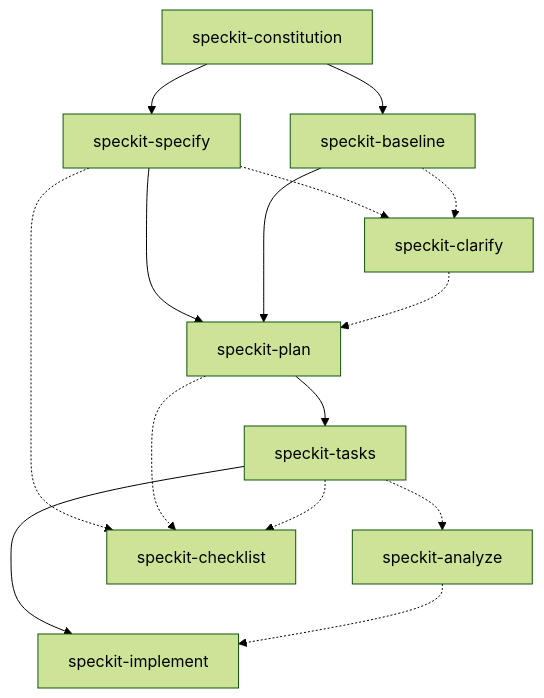
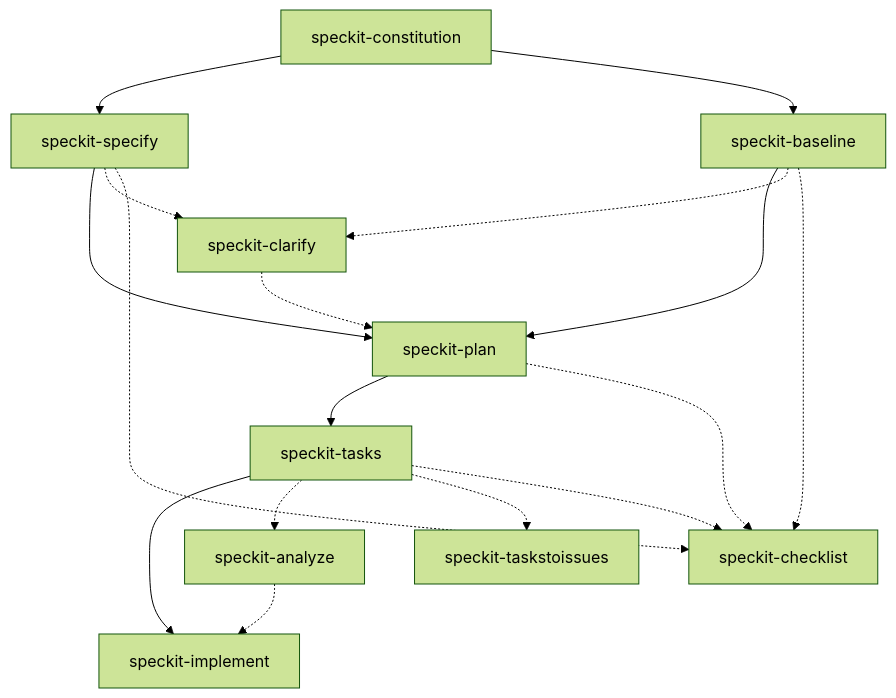
The diagram in README.md (dceoy/speckit-agent-skills), drawn with Mermaid (forest theme) before and after one commit. The commit also changed other lines of this file and 11 other files, not shown here.

````diff
--- a/README.md
+++ b/README.md
@@ -35,21 +55,24 @@
 ```mermaid
 flowchart TD
   %% Core (recommended order)
   C0["speckit-constitution"] --> C1["speckit-specify"] --> C2["speckit-plan"] --> C3["speckit-tasks"] --> C4["speckit-implement"]
 
   %% Alternative entry for existing code
   C0 --> FC["speckit-baseline"]
   FC --> C2
 
   %% Optional (dashed = insert/assist)
   C1 -.-> O1["speckit-clarify"]
   FC -.-> O1
   O1 -.-> C2
 
   C3 -.-> O2["speckit-analyze"]
   O2 -.-> C4
 
+  C3 -.-> O4["speckit-taskstoissues"]
+
   C1 -.-> O3["speckit-checklist"]
+  FC -.-> O3
   C2 -.-> O3
   C3 -.-> O3
 ```
````
